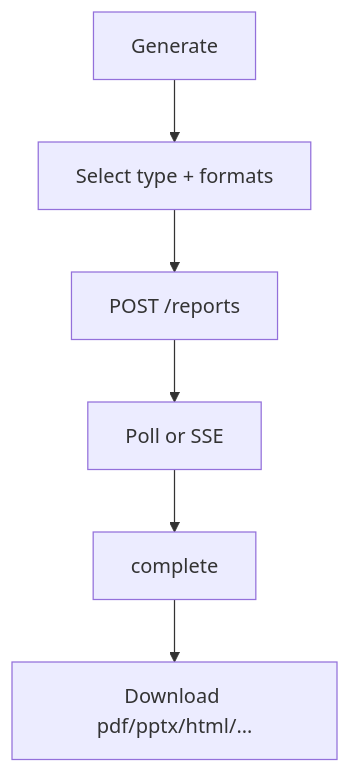
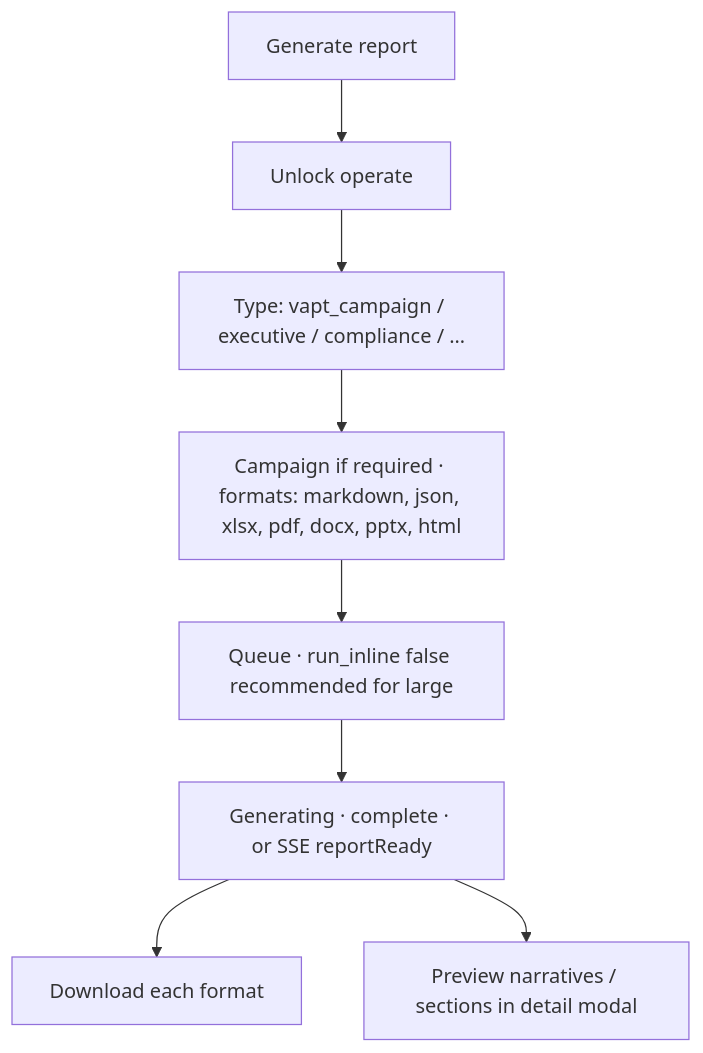
Before and after one commit to Phantom-Fort/Phantix-Frontend: the diagram in docs/how-to/command-centre/11-generate-reports.md, drawn with Mermaid. The commit also changed other lines of this file and 44 other files, not shown here.

````diff
--- a/docs/how-to/command-centre/11-generate-reports.md
+++ b/docs/how-to/command-centre/11-generate-reports.md
@@ -33,8 +11,10 @@
 ```mermaid
 flowchart TD
-  A[Generate] --> B[Select type + formats]
-  B --> C[POST /reports]
-  C --> D[Poll or SSE]
-  D --> E[complete]
-  E --> F[Download pdf/pptx/html/…]
+  A[Generate report] --> B[Unlock operate]
+  B --> C[Type: vapt_campaign / executive / compliance / …]
+  C --> D[Campaign if required · formats: markdown, json, xlsx, pdf, docx, pptx, html]
+  D --> E[Queue · run_inline false recommended for large]
+  E --> F[Generating · complete · or SSE reportReady]
+  F --> G[Download each format]
+  F --> H[Preview narratives / sections in detail modal]
 ```
````
